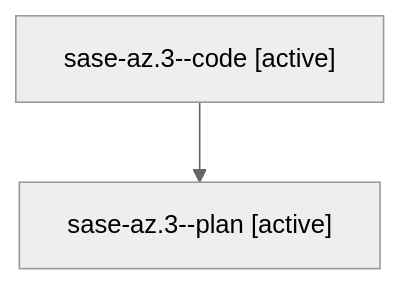
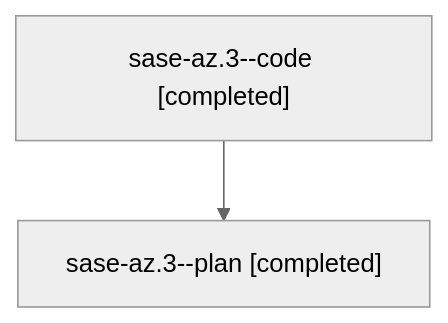
One commit to sase-org/sase--agents changed the diagram in families/bbugyi200.athena.sase-az.3.md. Above: the diagram before and after it, drawn with Mermaid (neutral theme). The commit also changed other lines of this file and 38 other files, not shown here.

````diff
--- a/families/bbugyi200.athena.sase-az.3.md
+++ b/families/bbugyi200.athena.sase-az.3.md
@@ -9,6 +9,6 @@
 ```mermaid
 flowchart TD
-  n0["sase-az.3--code [active]"]
-  n1["sase-az.3--plan [active]"]
+  n0["sase-az.3--code [completed]"]
+  n1["sase-az.3--plan [completed]"]
   n0 --> n1
 ```
````
